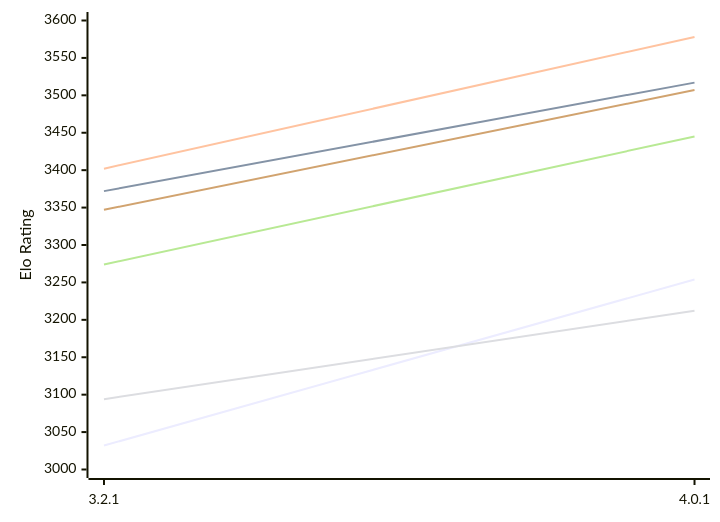
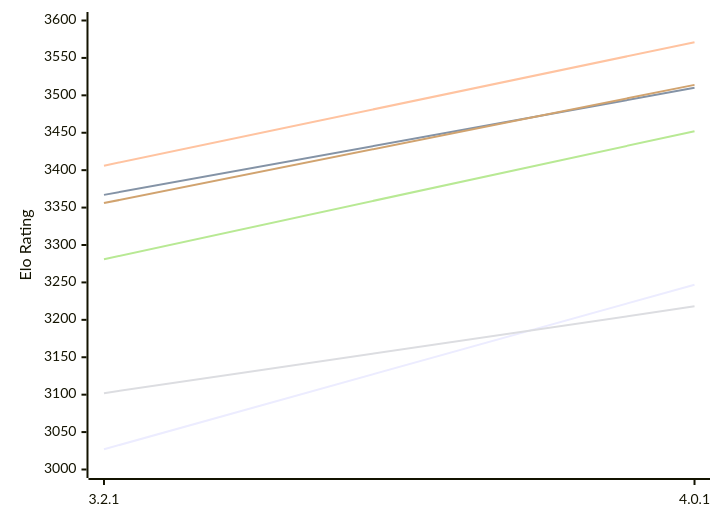
One commit to computer-chess-index/cci changed the first of 2 diagrams in engines/Prune.md. Above: the diagram before and after it, drawn with Mermaid. The commit also changed other lines of this file, not shown here.

Commit message:
Update CCI Ratings (ELO VLTC) - 2026-11-18

````diff
--- a/engines/Prune.md
+++ b/engines/Prune.md
@@ -56,12 +56,12 @@
 ```mermaid
 %%{init: {"theme":"base","themeVariables":{"seriesColors:['#a3a3a3','#222221','#faa371']}}}%%
 xychart-beta
   x-axis ["3.2.1", "4.0.1"]
   y-axis "Elo Rating" 3000 --> 3600
-  line "E1: STC (8.0+0.08s)" [3032, 3254]
-  line "E1: LTC (60.0+0.60s)" [3372, 3517]
-  line "E1: VLTC (2m24s+1.12s)" [3402, 3578]
-  line "P1: STC (8.0+0.08s)" [3094, 3212]
-  line "P1: LTC (60.0+0.60s)" [3274, 3445]
-  line "P1: VLTC (2m24s+1.12s)" [3347, 3507]
+  line "E1: STC (8.0+0.08s)" [3027, 3247]
+  line "E1: LTC (60.0+0.60s)" [3367, 3510]
+  line "E1: VLTC (2m24s+1.12s)" [3406, 3571]
+  line "P1: STC (8.0+0.08s)" [3102, 3218]
+  line "P1: LTC (60.0+0.60s)" [3281, 3452]
+  line "P1: VLTC (2m24s+1.12s)" [3356, 3514]
 ```
````
